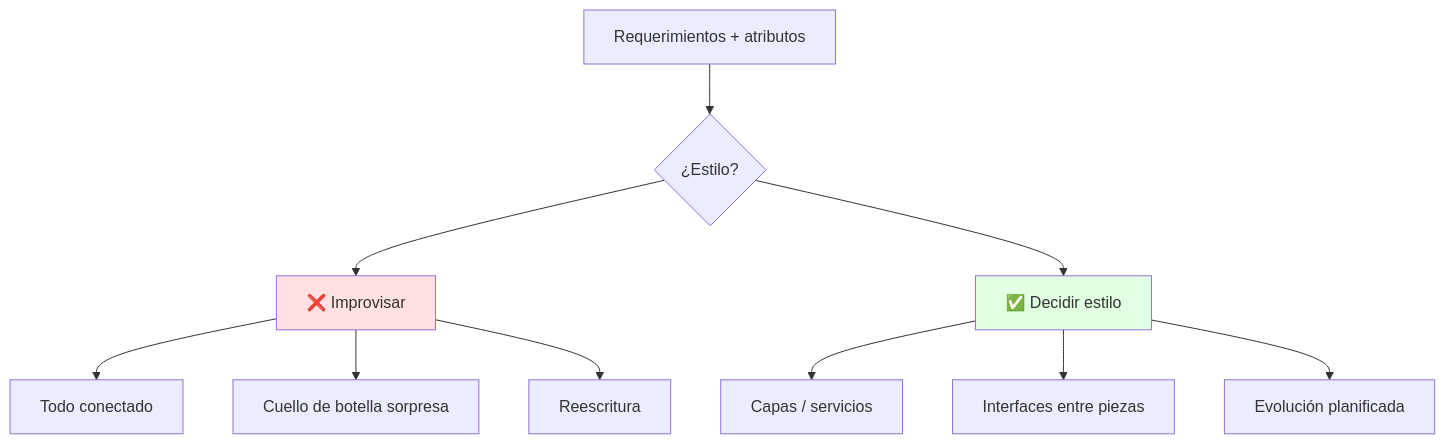
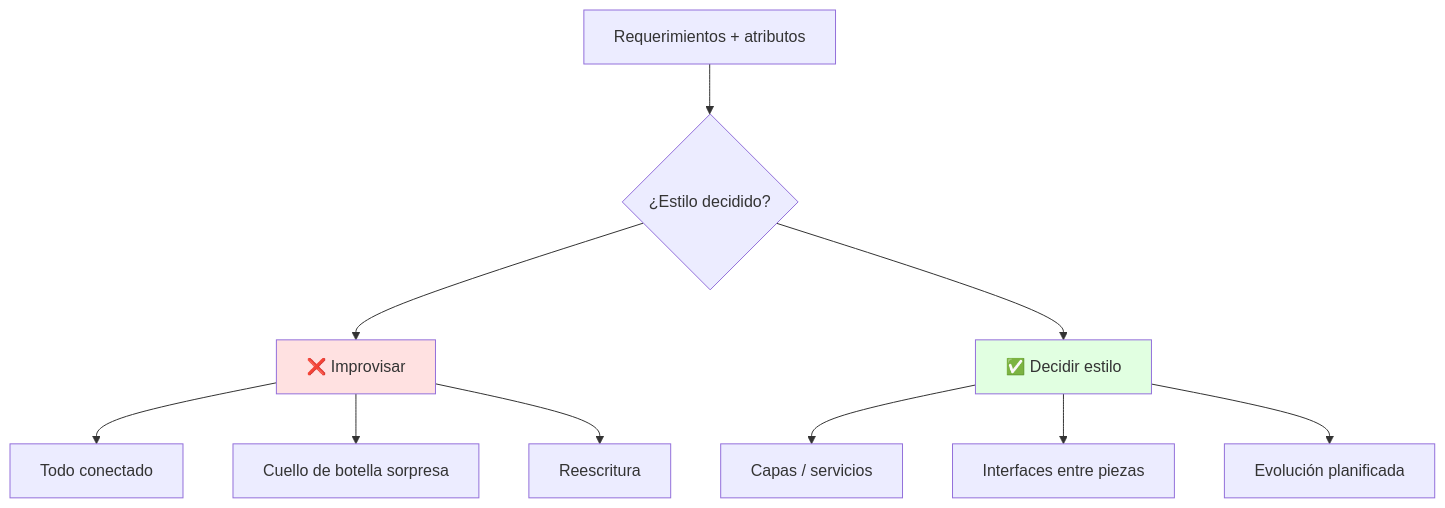
The first of 3 diagrams in Universidad/3er Semestre/Diseño de Software/Unidad 2 - Diseño orientado a objetos/01 - Diseño arquitectónico y estilos.md (Fsteven22/Notas-de-Universidad-Freddy-Sanchez-), drawn with Mermaid before and after one commit. The commit also changed other lines of this file and 40 other files, not shown here.

````diff
--- a/Universidad/3er Semestre/Diseño de Software/Unidad 2 - Diseño orientado a objetos/01 - Diseño arquitectónico y estilos.md
+++ b/Universidad/3er Semestre/Diseño de Software/Unidad 2 - Diseño orientado a objetos/01 - Diseño arquitectónico y estilos.md
@@ -28,17 +31,17 @@
 ```mermaid
 graph TB
-    A[Requerimientos + atributos] --> B{¿Estilo?}
+    A[Requerimientos + atributos] --> B{¿Estilo decidido?}
     B --> C[❌ Improvisar]
     B --> D[✅ Decidir estilo]
 
     C --> C1[Todo conectado]
     C --> C2[Cuello de botella sorpresa]
     C --> C3[Reescritura]
 
     D --> D1[Capas / servicios]
     D --> D2[Interfaces entre piezas]
     D --> D3[Evolución planificada]
 
     style C fill:#ffe1e1
     style D fill:#e1ffe1
 ```
````
